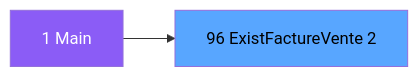
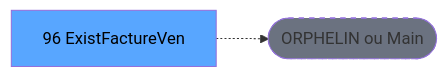
One commit to thonyAGP/lecteur-magic changed the second of 3 diagrams in .openspec/renders/ADH-IDE-96.md. Above: the diagram before and after it, drawn with Mermaid. The commit also changed other lines of this file and 701 other files, not shown here.

````diff
--- a/.openspec/renders/ADH-IDE-96.md
+++ b/.openspec/renders/ADH-IDE-96.md
@@ -115,8 +120,8 @@
 ```mermaid
 graph LR
-    M[1 Main]
-    T[96 ExistFactureVente 2]
-    M --> T
-    style M fill:#8b5cf6,color:#fff
+    T[96 ExistFactureVen]
+    ORPHAN([ORPHELIN ou Main])
+    T -.-> ORPHAN
     style T fill:#58a6ff,color:#000
+    style ORPHAN fill:#6b7280,stroke-dasharray: 5 5
 ```
````
